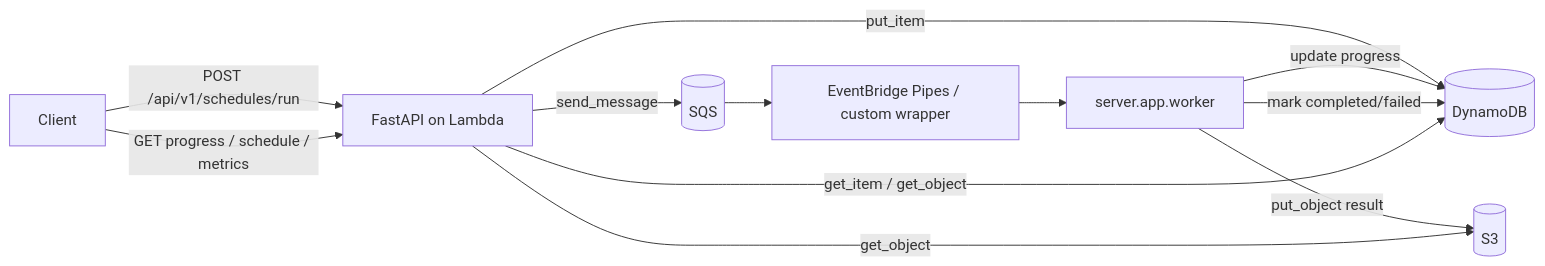
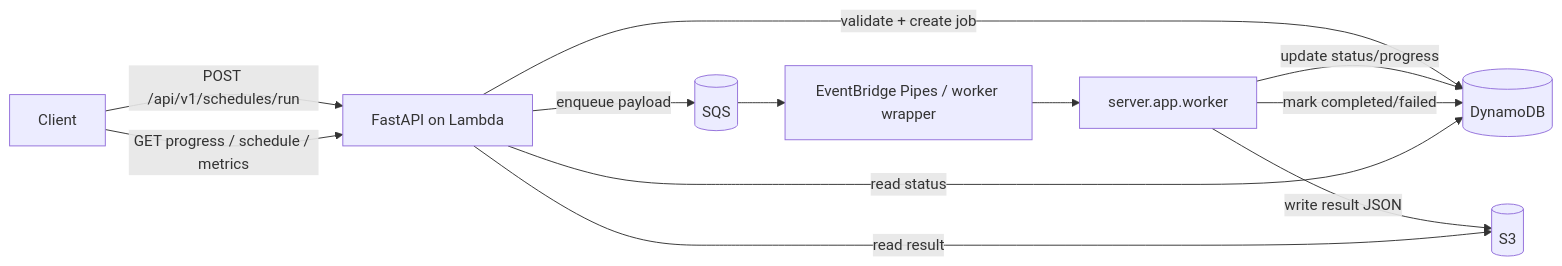
Before and after one commit to quagntam09/SLS_AWS: the diagram in ARCHITECTURE.md, drawn with Mermaid. The commit also changed other lines of this file, not shown here.

Commit message:
docs: Update architecture documentation to clarify system design and component interactions

````diff
--- a/ARCHITECTURE.md
+++ b/ARCHITECTURE.md
@@ -15,14 +14,14 @@
 ```mermaid
 flowchart LR
     Client[Client] -->|POST /api/v1/schedules/run| API[FastAPI on Lambda]
-    API -->|put_item| DDB[(DynamoDB)]
-    API -->|send_message| SQS[(SQS)]
-    SQS --> Orchestrator[EventBridge Pipes / custom wrapper]
+    API -->|validate + create job| DDB[(DynamoDB)]
+    API -->|enqueue payload| SQS[(SQS)]
+    SQS --> Orchestrator[EventBridge Pipes / worker wrapper]
     Orchestrator --> Worker[server.app.worker]
-    Worker -->|update progress| DDB
-    Worker -->|put_object result| S3[(S3)]
+    Worker -->|update status/progress| DDB
+    Worker -->|write result JSON| S3[(S3)]
     Worker -->|mark completed/failed| DDB
     Client -->|GET progress / schedule / metrics| API
-    API -->|get_item / get_object| DDB
-    API -->|get_object| S3
+    API -->|read status| DDB
+    API -->|read result| S3
 ```
````
